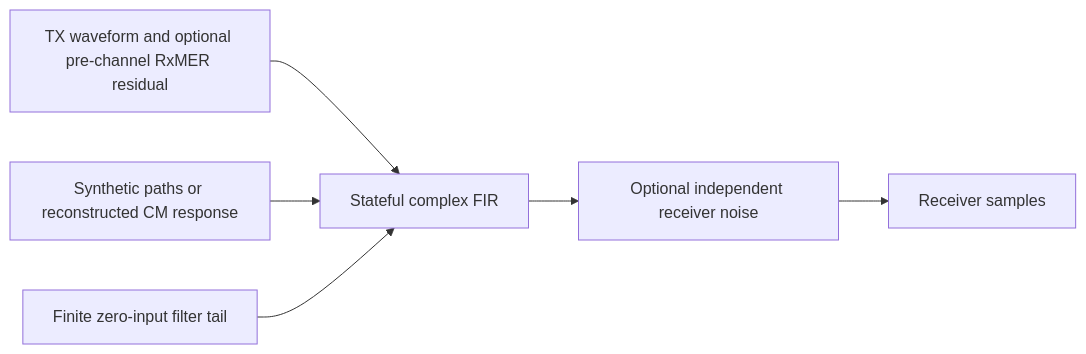
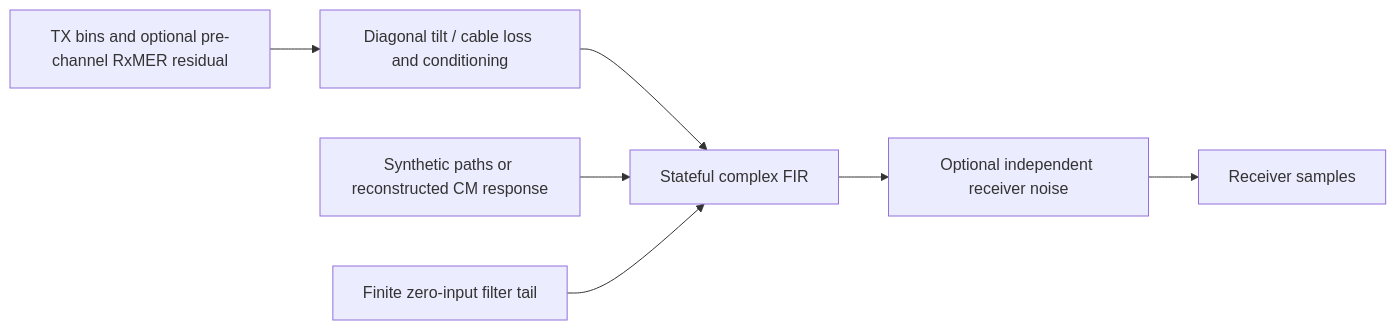
One commit to mgarcia01752/merlin changed the diagram in docs/user/impairments/waveform-filter.md. Above: the diagram before and after it, drawn with Mermaid. The commit also changed other lines of this file and 33 other files, not shown here.

````diff
--- a/docs/user/impairments/waveform-filter.md
+++ b/docs/user/impairments/waveform-filter.md
@@ -18,7 +18,7 @@
 ```mermaid
 flowchart LR
-    TX["TX waveform and optional pre-channel RxMER residual"] --> FIR["Stateful complex FIR"]
+    TX["TX bins and optional pre-channel RxMER residual"] --> LOSS["Diagonal tilt / cable loss and conditioning"] --> FIR["Stateful complex FIR"]
     PATHS["Synthetic paths or reconstructed CM response"] --> FIR
     FIR --> NOISE["Optional independent receiver noise"] --> RX["Receiver samples"]
     TAIL["Finite zero-input filter tail"] --> FIR
 ```
````
